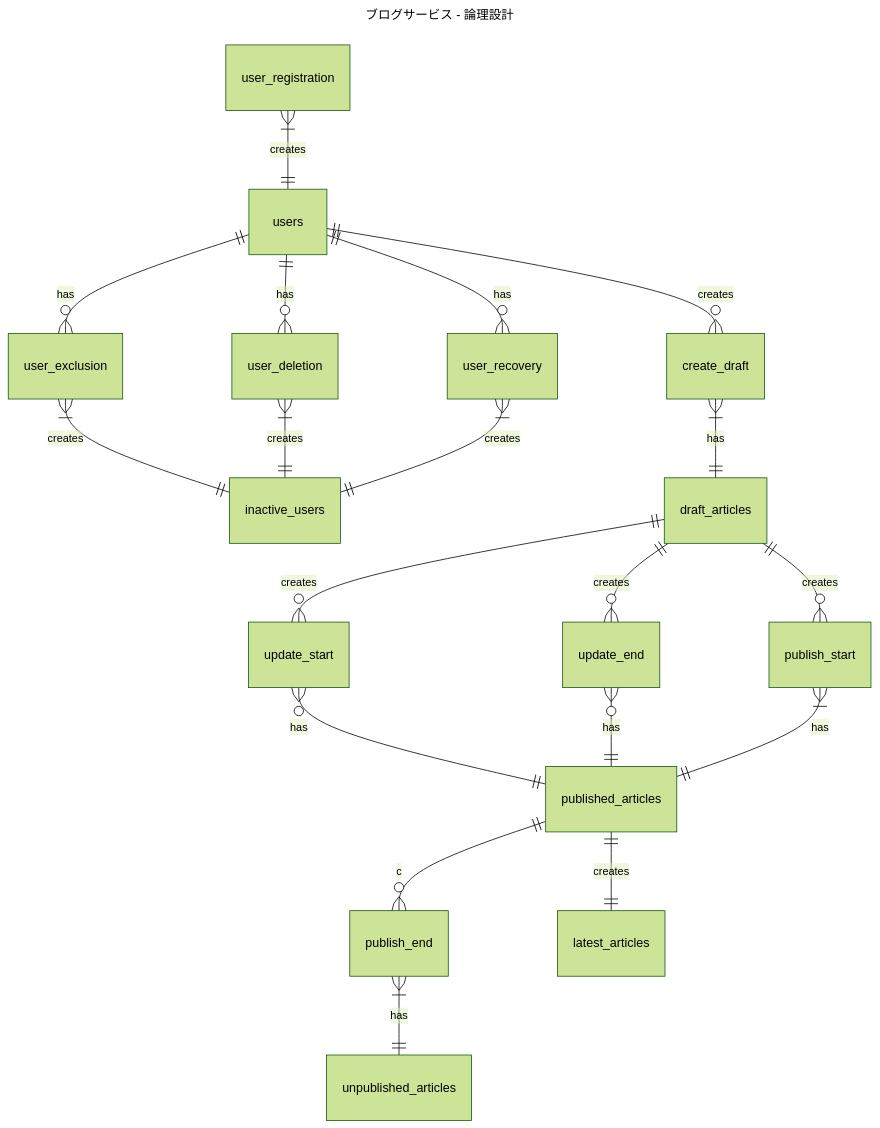
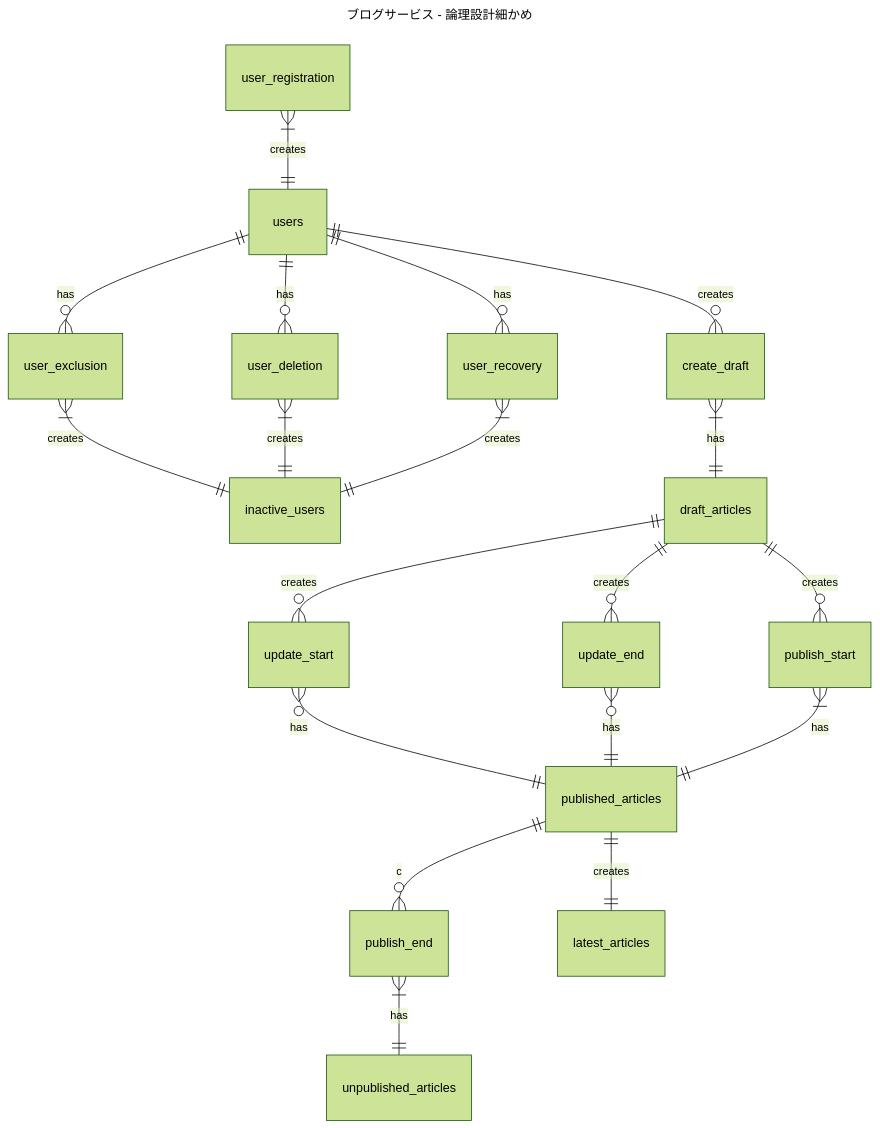
One commit to ttakuma17/til changed the third of 4 diagrams in db/modeling/5/er.md. Above: the diagram before and after it, drawn with Mermaid (forest theme). The commit also changed other lines of this file and 4 other files, not shown here.

````diff
--- a/db/modeling/5/er.md
+++ b/db/modeling/5/er.md
@@ -38,55 +44,55 @@
 ```mermaid
 ---
-title: ブログサービス - 論理設計
+title: ブログサービス - 論理設計細かめ
 ---
 erDiagram
   %% ユーザー(R)
   users {}
   %% 退会済みユーザー(R)
   inactive_users {}
   %% ユーザー登録 (E)
   user_registration {}
   %% ユーザー除外 (E)
   user_exclusion {}
   %% ユーザー削除 (E)
   user_deletion {}
   %% ユーザー復帰 (E)
   user_recovery {}
   %% 記事作成(E)
   create_draft {}
   %% ドラフト記事(R)
   draft_articles {}
   %% 公開開始(E)
   publish_start {}
   %% 記事更新(E)
   update_start {}
   %% 記事更新完了(E)
   update_end {}
   %% 公開終了(E)
   publish_end {}
   %% 公開記事(R)
   published_articles {}
   %% 非公開記事(R)
   unpublished_articles {}
   %% 最新記事(R)
   latest_articles {}
 
   users ||--o{ create_draft: "creates"
   user_registration }|--|| users: "creates"
   users ||--o{ user_exclusion: "has"
   users ||--o{ user_deletion: "has"
   users ||--o{ user_recovery: "has"
   user_exclusion }|--|| inactive_users: "creates"
   user_deletion }|--|| inactive_users: "creates"
   user_recovery }|--|| inactive_users: "creates"
   create_draft }|--|| draft_articles: "has"
   draft_articles ||--o{ update_start: "creates"
   draft_articles ||--o{ publish_start: "creates"
   draft_articles ||--o{ update_end: "creates"
   published_articles ||--o{ publish_end: "c"
   update_start }o--|| published_articles: "has"
   update_end }o--|| published_articles: "has"
   publish_start }|--|| published_articles: "has"
   publish_end }|--|| unpublished_articles: "has"  
   published_articles ||--|| latest_articles: "creates"
 ```
````
